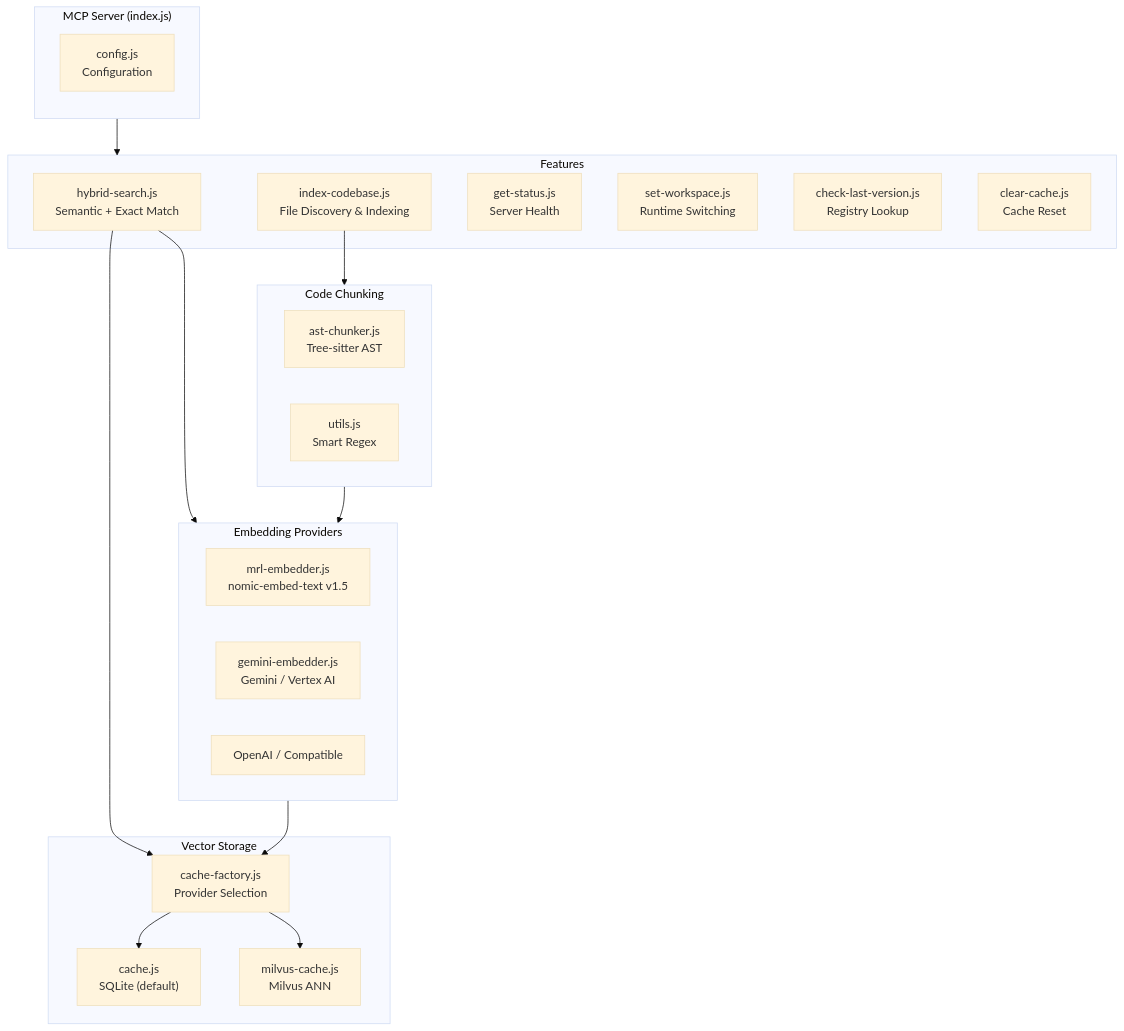
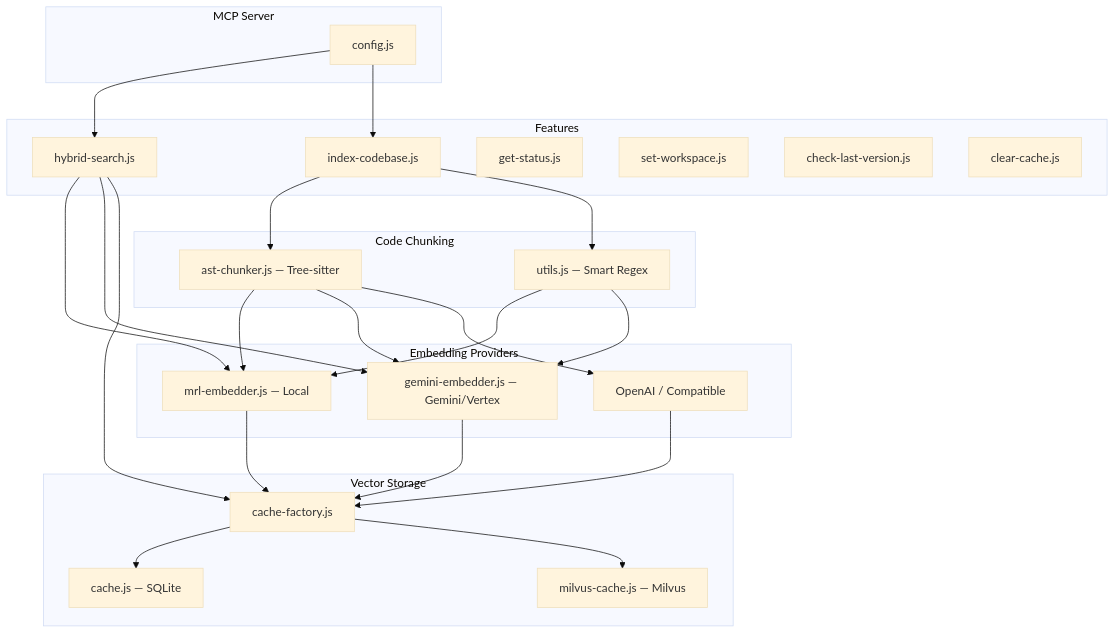
The first of 3 diagrams in README.md (bitkyc08-arch/semantic-code-mcp), drawn with Mermaid (base theme) before and after one commit.

Commit message:
fix: mermaid architecture diagram GitHub rendering
- Remove <br/> tags (unsupported in GitHub mermaid)
- Replace & with plain text
- Expand subgraph-to-subgraph links to individual node connections

````diff
--- a/README.md
+++ b/README.md
@@ -320,40 +320,50 @@
 ```mermaid
 graph TB
-    subgraph MCP["MCP Server (index.js)"]
-        direction TB
-        CFG["config.js<br/>Configuration"]
+    subgraph MCP["MCP Server"]
+        CFG["config.js"]
     end
 
     subgraph Features
-        SEARCH["hybrid-search.js<br/>Semantic + Exact Match"]
-        INDEX["index-codebase.js<br/>File Discovery & Indexing"]
-        STATUS["get-status.js<br/>Server Health"]
-        WORKSPACE["set-workspace.js<br/>Runtime Switching"]
-        VERSION["check-last-version.js<br/>Registry Lookup"]
-        CLEAR["clear-cache.js<br/>Cache Reset"]
+        SEARCH["hybrid-search.js"]
+        INDEX["index-codebase.js"]
+        STATUS["get-status.js"]
+        WORKSPACE["set-workspace.js"]
+        VERSION["check-last-version.js"]
+        CLEAR["clear-cache.js"]
     end
 
     subgraph Embeddings["Embedding Providers"]
-        LOCAL["mrl-embedder.js<br/>nomic-embed-text v1.5"]
-        GEMINI["gemini-embedder.js<br/>Gemini / Vertex AI"]
+        LOCAL["mrl-embedder.js — Local"]
+        GEMINI["gemini-embedder.js — Gemini/Vertex"]
         OAI["OpenAI / Compatible"]
     end
 
     subgraph Storage["Vector Storage"]
-        SQLITE["cache.js<br/>SQLite (default)"]
-        MILVUS["milvus-cache.js<br/>Milvus ANN"]
-        FACTORY["cache-factory.js<br/>Provider Selection"]
+        SQLITE["cache.js — SQLite"]
+        MILVUS["milvus-cache.js — Milvus"]
+        FACTORY["cache-factory.js"]
     end
 
     subgraph Chunking["Code Chunking"]
-        AST["ast-chunker.js<br/>Tree-sitter AST"]
-        SMART["utils.js<br/>Smart Regex"]
+        AST["ast-chunker.js — Tree-sitter"]
+        SMART["utils.js — Smart Regex"]
     end
 
-    MCP --> Features
-    INDEX --> Chunking --> Embeddings --> FACTORY
+    CFG --> SEARCH
+    CFG --> INDEX
+    INDEX --> AST
+    INDEX --> SMART
+    AST --> LOCAL
+    AST --> GEMINI
+    AST --> OAI
+    SMART --> LOCAL
+    SMART --> GEMINI
+    LOCAL --> FACTORY
+    GEMINI --> FACTORY
+    OAI --> FACTORY
     FACTORY --> SQLITE
     FACTORY --> MILVUS
-    SEARCH --> Embeddings
+    SEARCH --> LOCAL
+    SEARCH --> GEMINI
     SEARCH --> FACTORY
 ```
````
